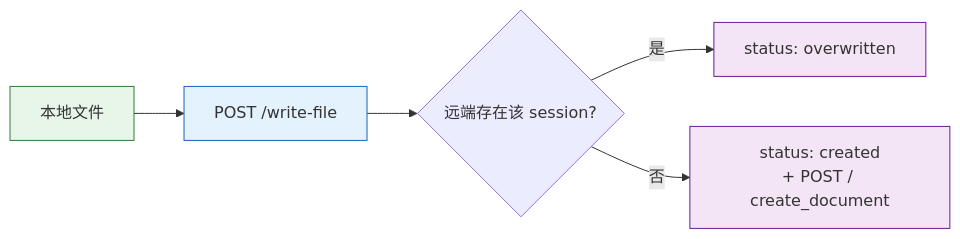
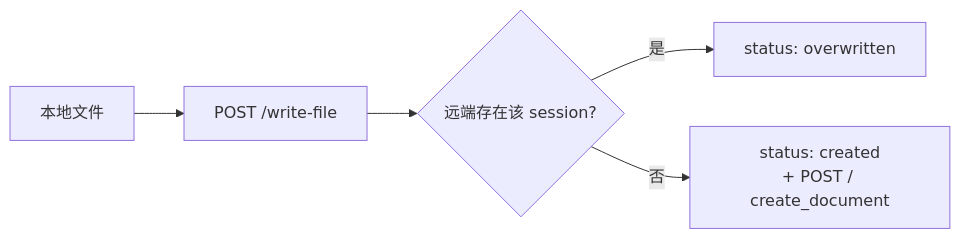
Before and after one commit to effiy/YrY: the fourth of 8 diagrams in skills/rui-import/SKILL.md, drawn with Mermaid. The commit also changed other lines of this file and 38 other files, not shown here.

````diff
--- a/skills/rui-import/SKILL.md
+++ b/skills/rui-import/SKILL.md
@@ -172,11 +160,7 @@
 ```mermaid
 flowchart LR
     LOCAL["本地文件"]:::src --> POST["POST /write-file"]:::api
     POST --> Q{"远端存在该 session?"}
     Q -->|"是"| OVERWRITE["status: overwritten"]:::op
     Q -->|"否"| CREATE["status: created<br/>+ POST / create_document"]:::op
-
-    classDef src fill:#e8f5e9,stroke:#2e7d32;
-    classDef api fill:#e3f2fd,stroke:#1565c0;
-    classDef op fill:#f3e5f5,stroke:#6a1b9a;
 ```
````
